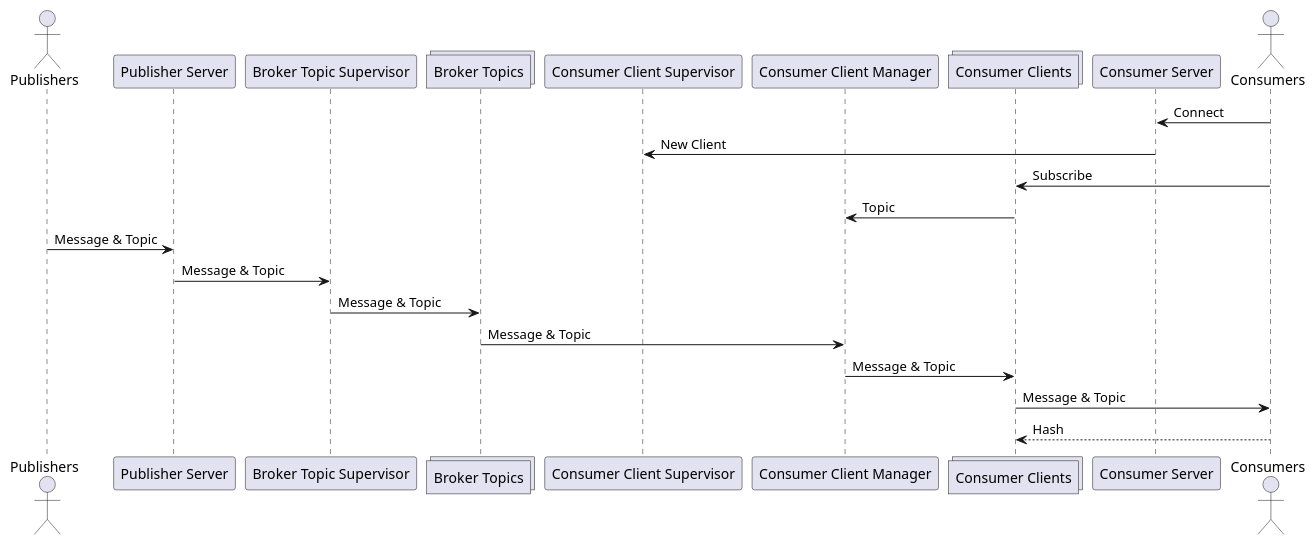
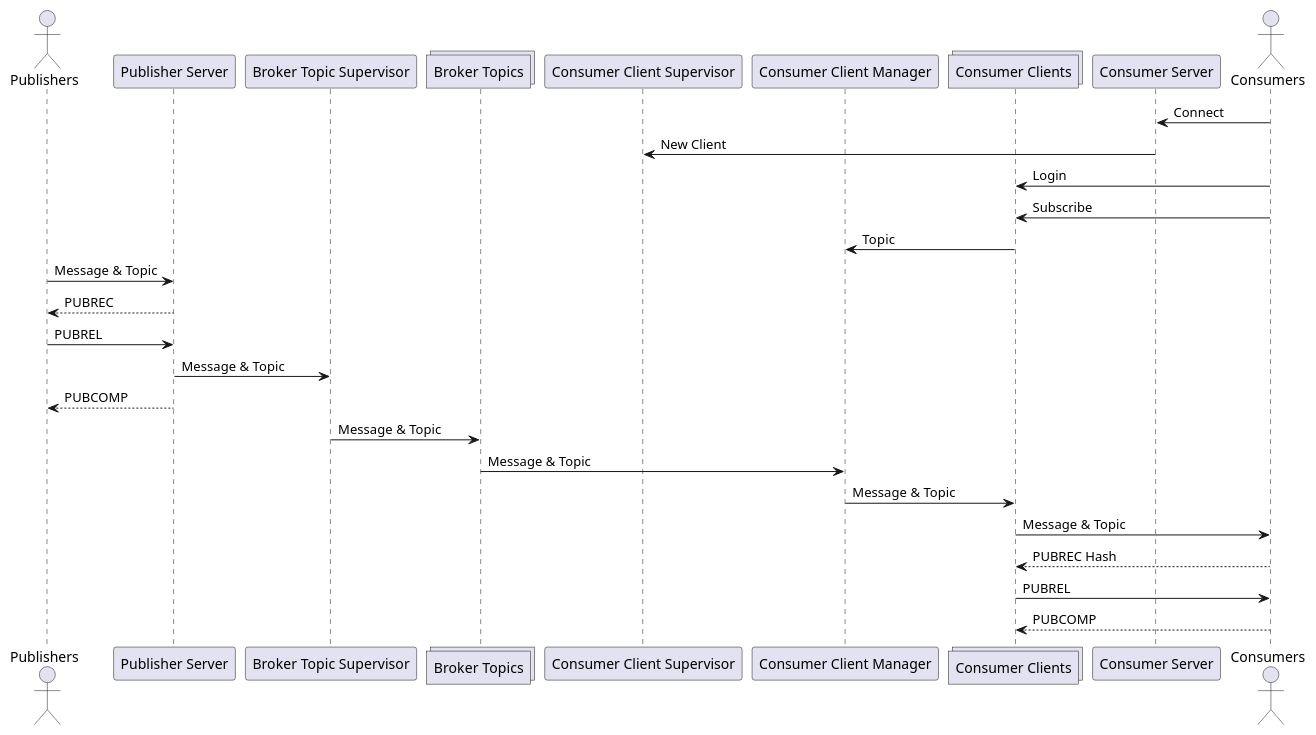
The diagram in message.puml (Marcel-MD/message-broker), drawn with PlantUML before and after one commit. The commit also changed 3 other files, not shown here.

```diff
--- a/message.puml
+++ b/message.puml
@@ -1,26 +1,32 @@
 @startuml
 
 actor "Publishers" as P
 participant "Publisher Server" as PS
 participant "Broker Topic Supervisor" as BTS
 collections "Broker Topics" as BT
 participant "Consumer Client Supervisor" as CCS
 participant "Consumer Client Manager" as CCM
 collections "Consumer Clients" as CC
 participant "Consumer Server" as CS
 actor "Consumers" as C
 
 C -> CS: Connect
 CS -> CCS: New Client
+C -> CC: Login
 C -> CC: Subscribe
 CC -> CCM: Topic
 
 P -> PS: Message & Topic
+P <-- PS: PUBREC
+P -> PS: PUBREL
 PS -> BTS: Message & Topic
+P <-- PS: PUBCOMP
 BTS -> BT: Message & Topic
 BT -> CCM: Message & Topic
 CCM -> CC: Message & Topic
 CC -> C: Message & Topic
-CC <-- C: Hash
+CC <-- C: PUBREC Hash
+CC -> C: PUBREL
+CC <-- C: PUBCOMP
 
 @enduml
```
